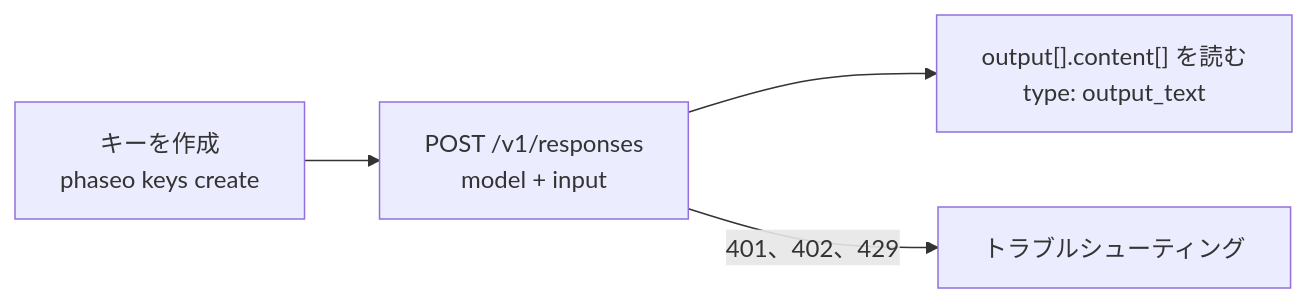
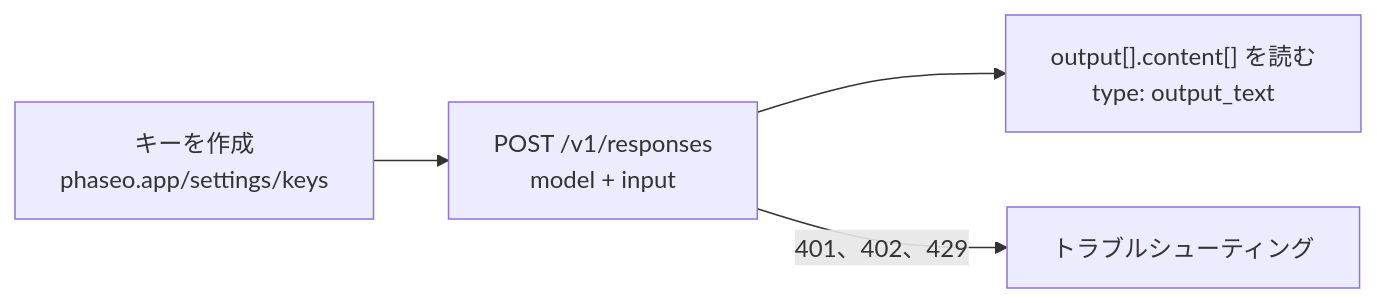
One commit to phaseoteam/Phaseo changed the diagram in apps/docs/ja/v1/quickstart.mdx. Above: the diagram before and after it, drawn with Mermaid. The commit also changed other lines of this file and 238 other files, not shown here.

````diff
--- a/apps/docs/ja/v1/quickstart.mdx
+++ b/apps/docs/ja/v1/quickstart.mdx
@@ -9,6 +9,6 @@
 ```mermaid
 flowchart LR
-  key["キーを作成<br/>phaseo keys create"] --> req["POST /v1/responses<br/>model + input"]
+  key["キーを作成<br/>phaseo.app/settings/keys"] --> req["POST /v1/responses<br/>model + input"]
   req --> read["output[].content[] を読む<br/>type: output_text"]
   req -->|"401、402、429"| fix["トラブルシューティング"]
 ```
````
